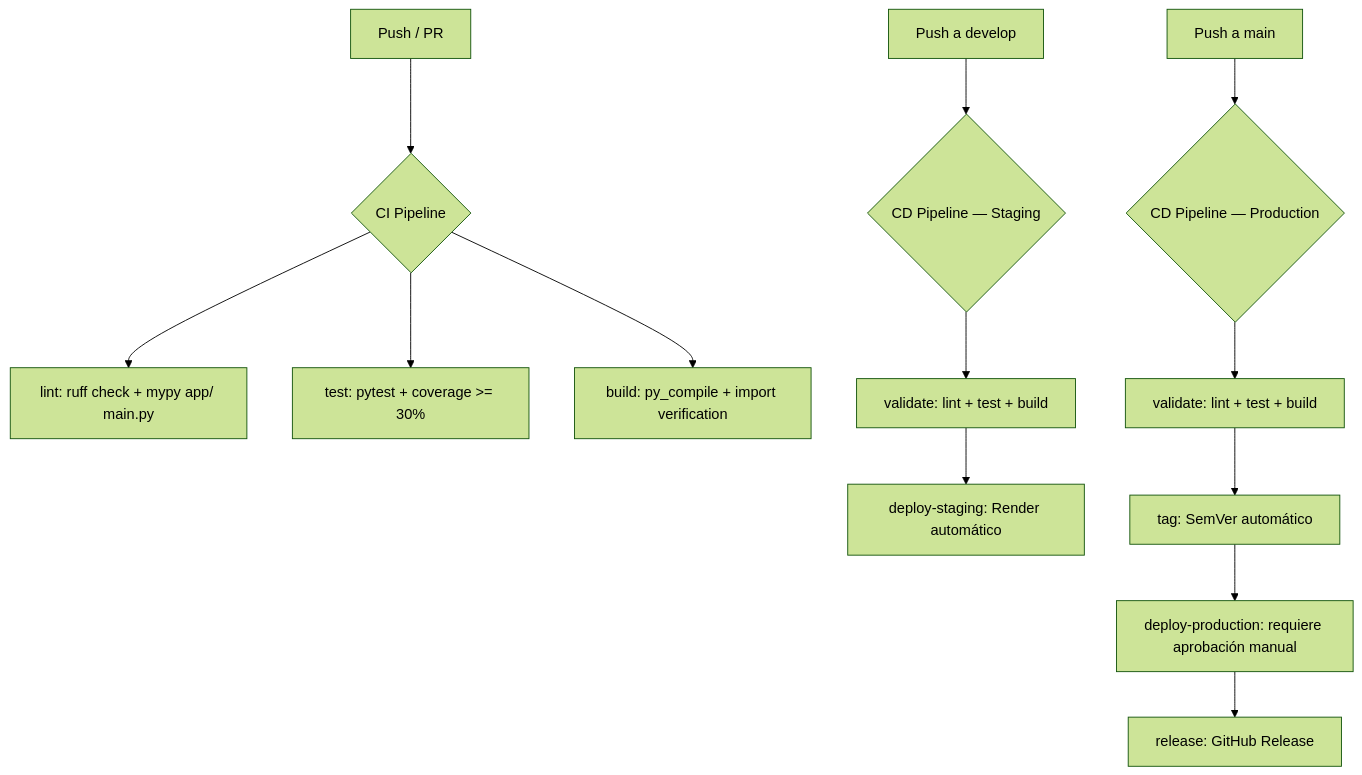
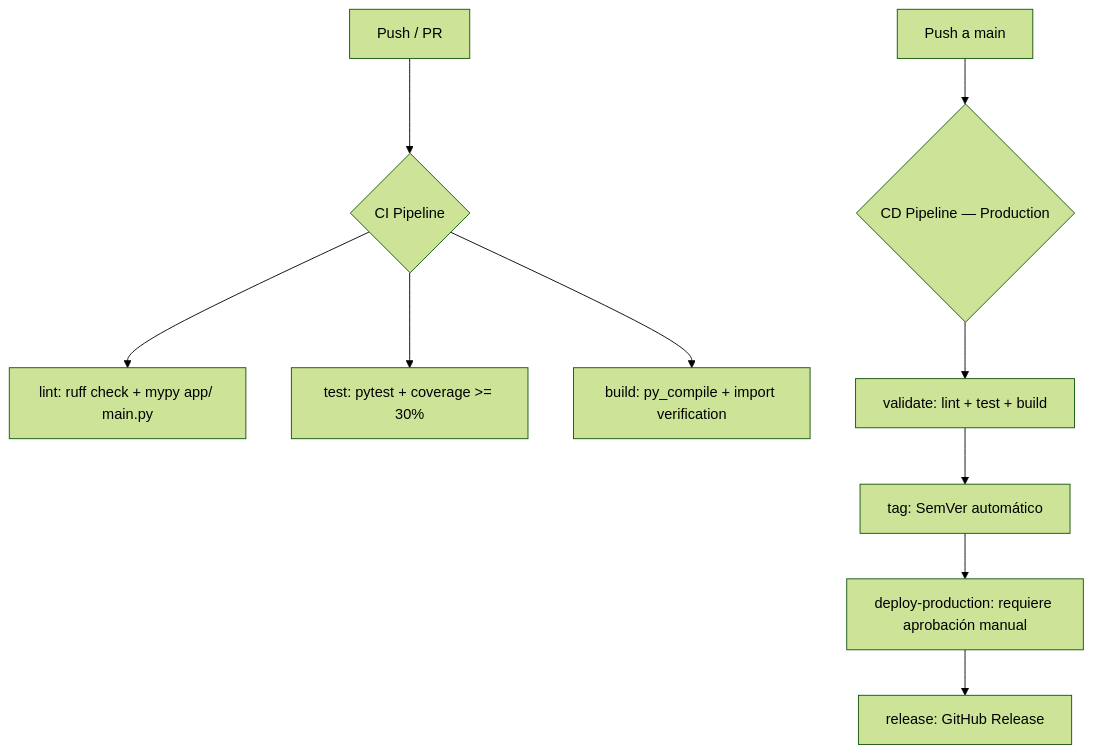
One commit to sergioing1000/dgsites-BE changed the second of 3 diagrams in README.md. Above: the diagram before and after it, drawn with Mermaid (forest theme). The commit also changed other lines of this file and 11 other files, not shown here.

````diff
--- a/README.md
+++ b/README.md
@@ -260,17 +309,13 @@
 ```mermaid
 graph TD
     A[Push / PR] --> B{CI Pipeline}
     B --> D[lint: ruff check + mypy app/ main.py]
     B --> E[test: pytest + coverage >= 30%]
     B --> C[build: py_compile + import verification]
 
-    F[Push a develop] --> G{CD Pipeline — Staging}
-    G --> G1[validate: lint + test + build]
-    G1 --> G2[deploy-staging: Render automático]
-
     H[Push a main] --> I{CD Pipeline — Production}
     I --> I1[validate: lint + test + build]
     I1 --> I2[tag: SemVer automático]
     I2 --> I3[deploy-production: requiere aprobación manual]
     I3 --> I4[release: GitHub Release]
 ```
````
